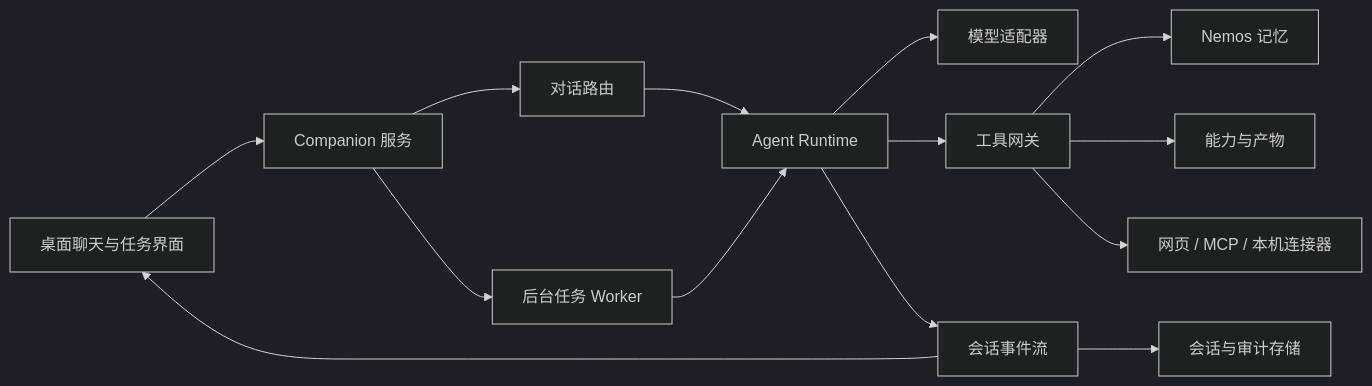
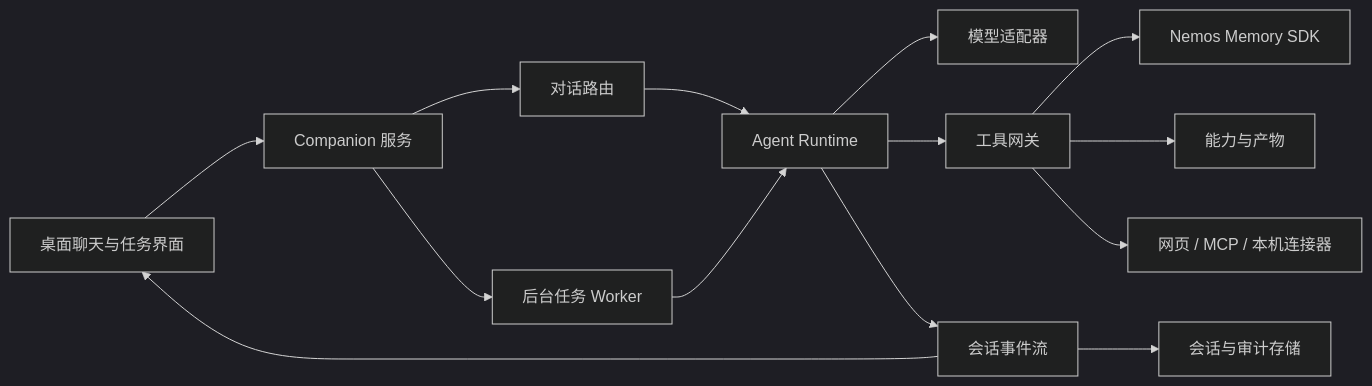
Before and after one commit to mmlong818/nemos: the diagram in sdk/typescript/examples/companion/docs/agent-runtime-design.md, drawn with Mermaid (dark theme). The commit also changed other lines of this file and 135 other files, not shown here.

Commit message:
feat(companion): launch Clownfish workspaces and office flow

````diff
--- a/sdk/typescript/examples/companion/docs/agent-runtime-design.md
+++ b/sdk/typescript/examples/companion/docs/agent-runtime-design.md
@@ -28,16 +28,16 @@
 ```mermaid
 flowchart LR
   UI[桌面聊天与任务界面] --> API[Companion 服务]
   API --> Router[对话路由]
   Router --> Runtime[Agent Runtime]
   Runtime --> Model[模型适配器]
   Runtime --> Gateway[工具网关]
-  Gateway --> Memory[Nemos 记忆]
+  Gateway --> Memory[Nemos Memory SDK]
   Gateway --> Capability[能力与产物]
   Gateway --> Connector[网页 / MCP / 本机连接器]
   Runtime --> Events[会话事件流]
   Events --> UI
   Events --> Store[会话与审计存储]
   API --> Worker[后台任务 Worker]
   Worker --> Runtime
 ```
````
